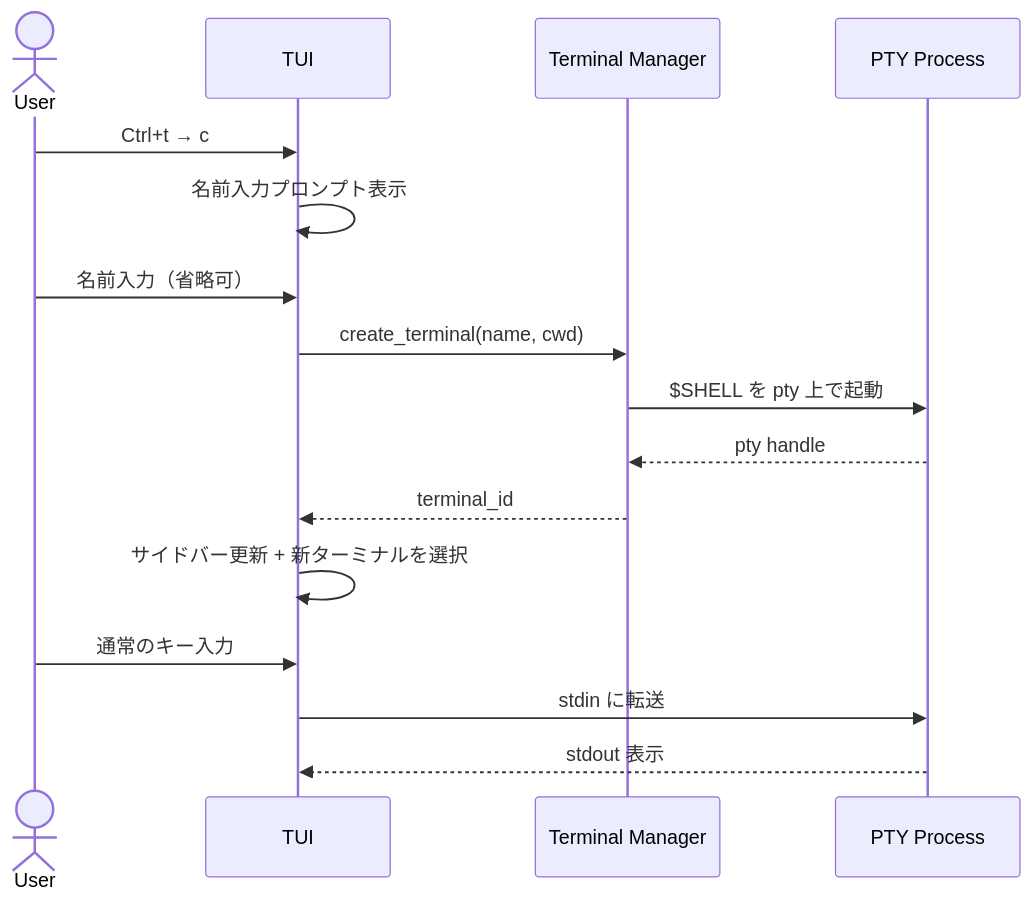
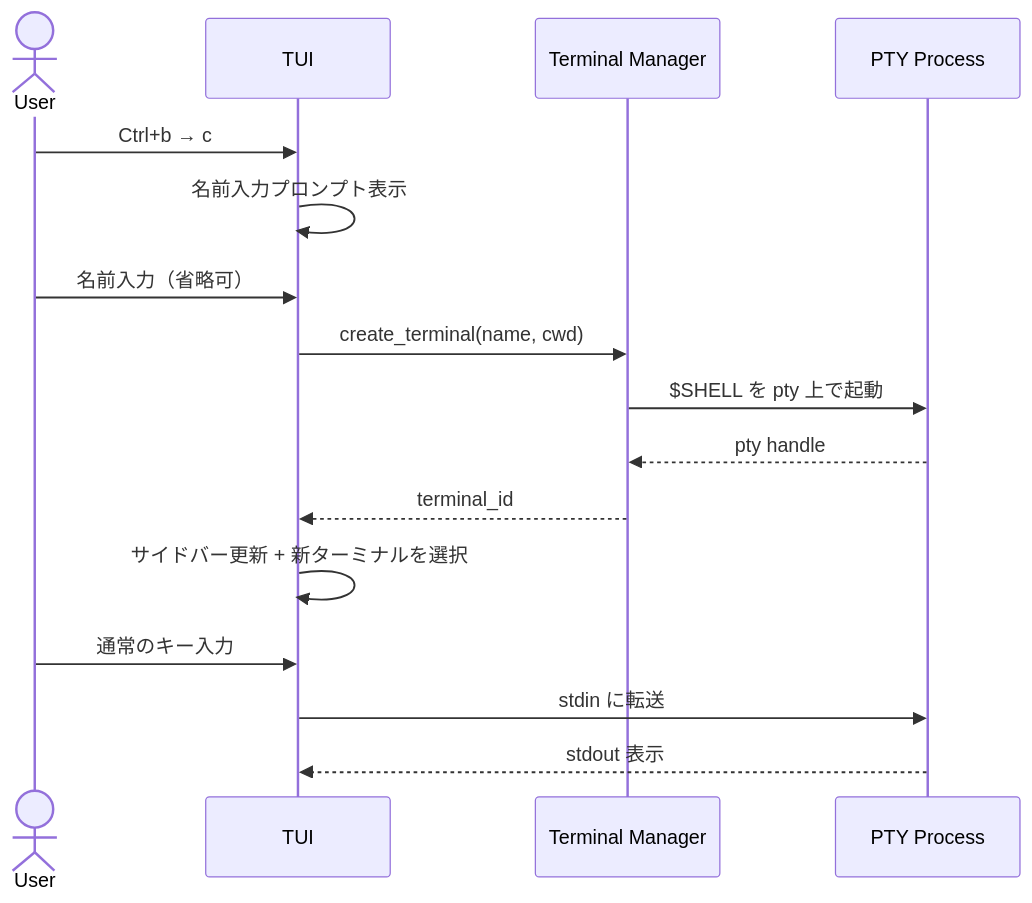
The second of 5 diagrams in docs/requirements.md (Kobayashi-takumi/cli-manager), drawn with Mermaid before and after one commit. The commit also changed other lines of this file and 7 other files, not shown here.

````diff
--- a/docs/requirements.md
+++ b/docs/requirements.md
@@ -77,19 +77,19 @@
 ```mermaid
 sequenceDiagram
     actor User
     participant TUI
     participant TM as Terminal Manager
     participant PTY as PTY Process
 
-    User->>TUI: Ctrl+t → c
+    User->>TUI: Ctrl+b → c
     TUI->>TUI: 名前入力プロンプト表示
     User->>TUI: 名前入力（省略可）
     TUI->>TM: create_terminal(name, cwd)
     TM->>PTY: $SHELL を pty 上で起動
     PTY-->>TM: pty handle
     TM-->>TUI: terminal_id
     TUI->>TUI: サイドバー更新 + 新ターミナルを選択
     User->>TUI: 通常のキー入力
     TUI->>PTY: stdin に転送
     PTY-->>TUI: stdout 表示
 ```
````
